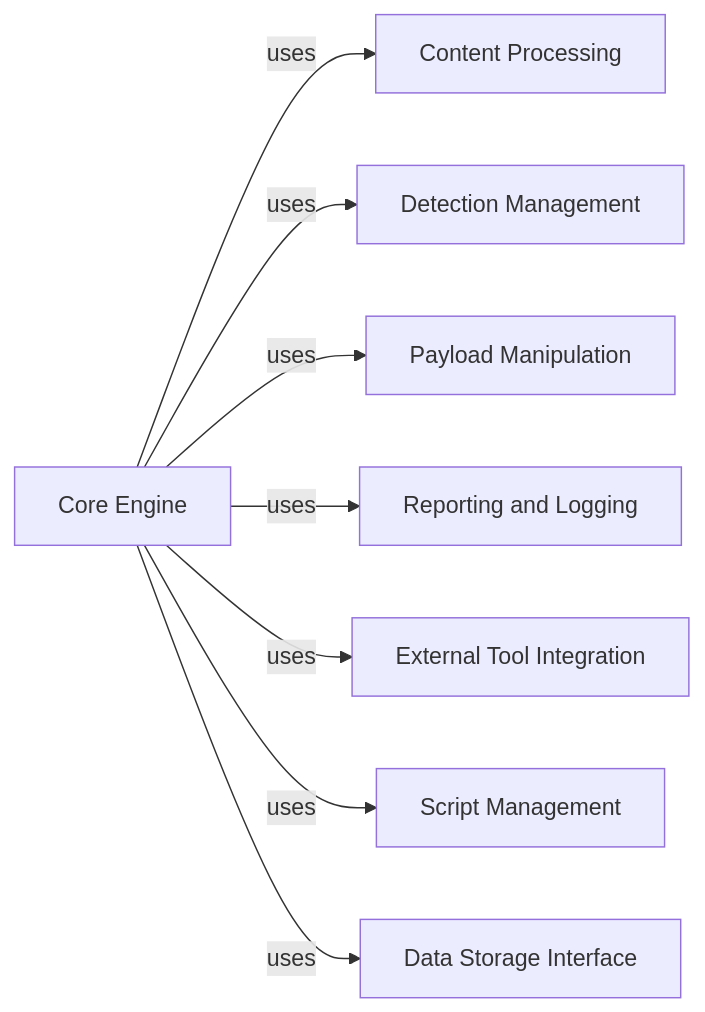
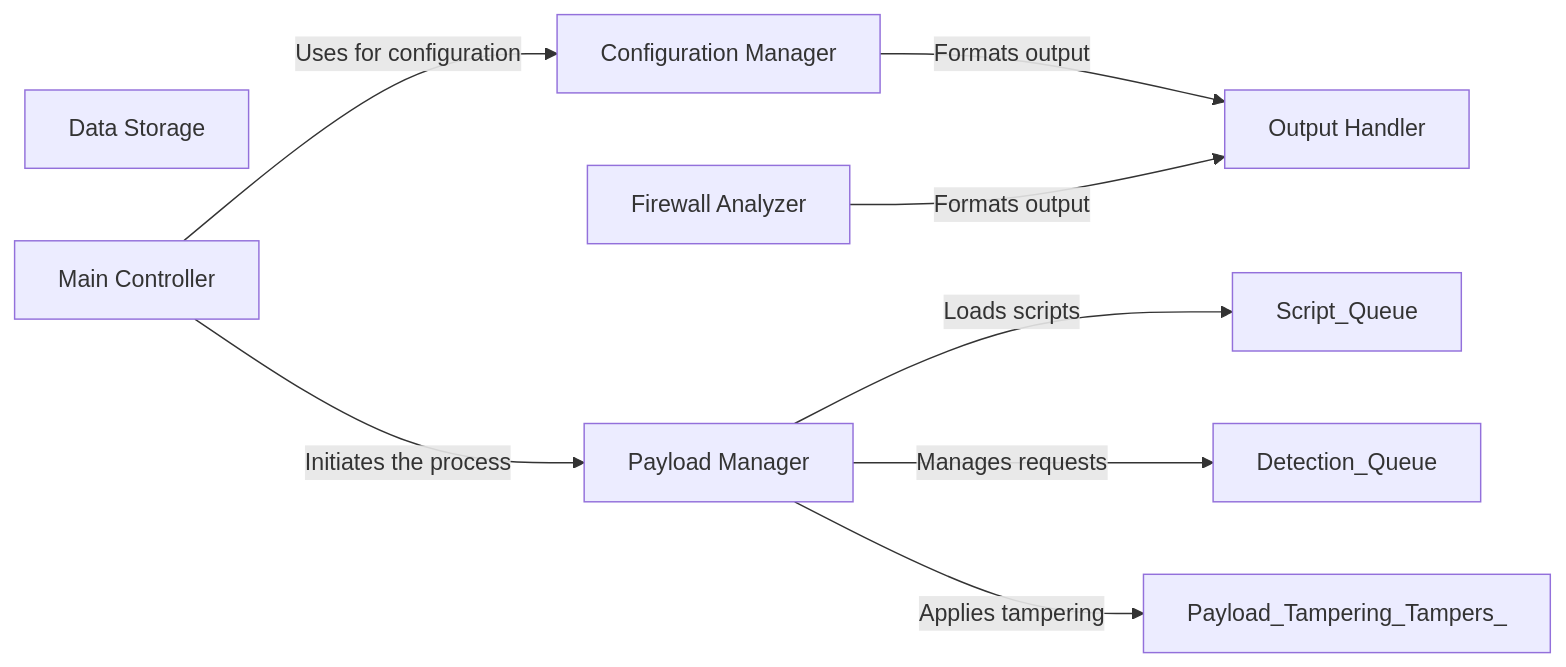
One commit to CodeBoarding/GeneratedOnBoardings changed the diagram in WhatWaf/on_boarding.md. Above: the diagram before and after it, drawn with Mermaid. The commit also changed other lines of this file and 14 other files, not shown here.

Commit message:
Uploading onboarding materials for WhatWaf

````diff
--- a/WhatWaf/on_boarding.md
+++ b/WhatWaf/on_boarding.md
@@ -1,26 +1,22 @@
 ```mermaid
 graph LR
-    Core_Engine["Core Engine"]
-    Content_Processing["Content Processing"]
-    Detection_Management["Detection Management"]
-    Payload_Manipulation["Payload Manipulation"]
-    Reporting_and_Logging["Reporting and Logging"]
-    External_Tool_Integration["External Tool Integration"]
-    Script_Management["Script Management"]
-    Data_Storage_Interface["Data Storage Interface"]
-    Core_Engine -- "uses" --> Content_Processing
-    Core_Engine -- "uses" --> Detection_Management
-    Core_Engine -- "uses" --> Payload_Manipulation
-    Core_Engine -- "uses" --> Reporting_and_Logging
-    Core_Engine -- "uses" --> External_Tool_Integration
-    Core_Engine -- "uses" --> Script_Management
-    Core_Engine -- "uses" --> Data_Storage_Interface
-    click Core_Engine href "https://github.com/CodeBoarding/GeneratedOnBoardings/blob/main/WhatWaf/Core Engine.md" "Details"
-    click Content_Processing href "https://github.com/CodeBoarding/GeneratedOnBoardings/blob/main/WhatWaf/Content Processing.md" "Details"
-    click Detection_Management href "https://github.com/CodeBoarding/GeneratedOnBoardings/blob/main/WhatWaf/Detection Management.md" "Details"
-    click Payload_Manipulation href "https://github.com/CodeBoarding/GeneratedOnBoardings/blob/main/WhatWaf/Payload Manipulation.md" "Details"
-    click Reporting_and_Logging href "https://github.com/CodeBoarding/GeneratedOnBoardings/blob/main/WhatWaf/Reporting and Logging.md" "Details"
-    click External_Tool_Integration href "https://github.com/CodeBoarding/GeneratedOnBoardings/blob/main/WhatWaf/External Tool Integration.md" "Details"
-    click Script_Management href "https://github.com/CodeBoarding/GeneratedOnBoardings/blob/main/WhatWaf/Script Management.md" "Details"
-    click Data_Storage_Interface href "https://github.com/CodeBoarding/GeneratedOnBoardings/blob/main/WhatWaf/Data Storage Interface.md" "Details"
+    Configuration_Manager["Configuration Manager"]
+    Data_Storage["Data Storage"]
+    Firewall_Analyzer["Firewall Analyzer"]
+    Output_Handler["Output Handler"]
+    Payload_Manager["Payload Manager"]
+    Main_Controller["Main Controller"]
+    Main_Controller -- "Uses for configuration" --> Configuration_Manager
+    Main_Controller -- "Initiates the process" --> Payload_Manager
+    Configuration_Manager -- "Formats output" --> Output_Handler
+    Firewall_Analyzer -- "Formats output" --> Output_Handler
+    Payload_Manager -- "Loads scripts" --> Script_Queue
+    Payload_Manager -- "Manages requests" --> Detection_Queue
+    Payload_Manager -- "Applies tampering" --> Payload_Tampering_Tampers_
+    click Configuration_Manager href "https://github.com/CodeBoarding/GeneratedOnBoardings/blob/main/WhatWaf/Configuration Manager.md" "Details"
+    click Data_Storage href "https://github.com/CodeBoarding/GeneratedOnBoardings/blob/main/WhatWaf/Data Storage.md" "Details"
+    click Firewall_Analyzer href "https://github.com/CodeBoarding/GeneratedOnBoardings/blob/main/WhatWaf/Firewall Analyzer.md" "Details"
+    click Output_Handler href "https://github.com/CodeBoarding/GeneratedOnBoardings/blob/main/WhatWaf/Output Handler.md" "Details"
+    click Payload_Manager href "https://github.com/CodeBoarding/GeneratedOnBoardings/blob/main/WhatWaf/Payload Manager.md" "Details"
+    click Main_Controller href "https://github.com/CodeBoarding/GeneratedOnBoardings/blob/main/WhatWaf/Main Controller.md" "Details"
 ```
````
